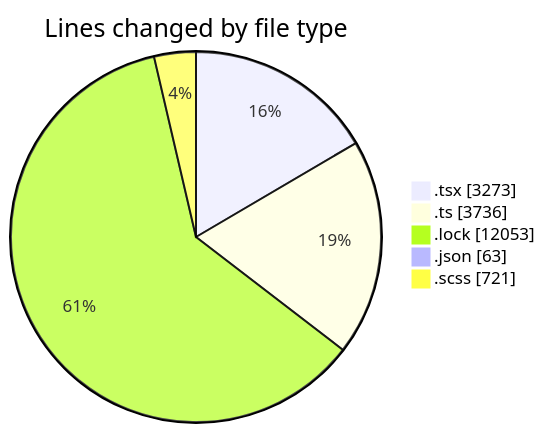
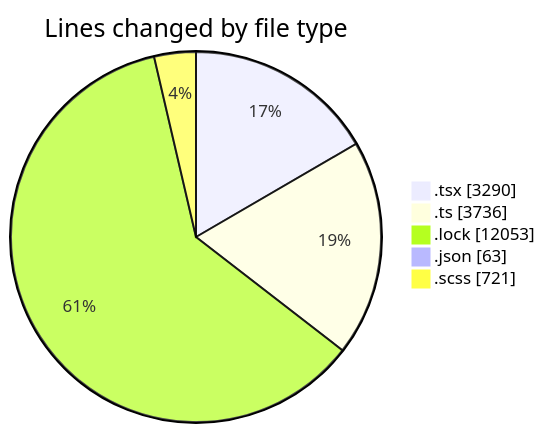
The first of 2 diagrams in 2025-12-03/cda/README.md (momahboobian/code-tracking), drawn with Mermaid before and after one commit. The commit also changed other lines of this file and 1 other file, not shown here.

````diff
--- a/2025-12-03/cda/README.md
+++ b/2025-12-03/cda/README.md
@@ -32,9 +32,9 @@
 ```mermaid
 pie showData
 title Lines changed by file type
-".tsx" : 3273
+".tsx" : 3290
 ".ts" : 3736
 ".lock" : 12053
 ".json" : 63
 ".scss" : 721
 ```
````
